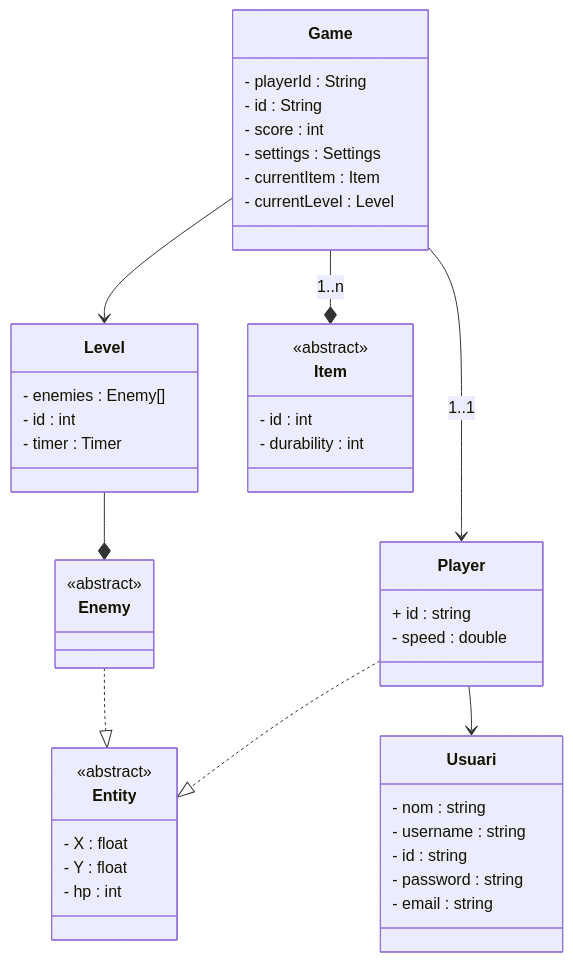
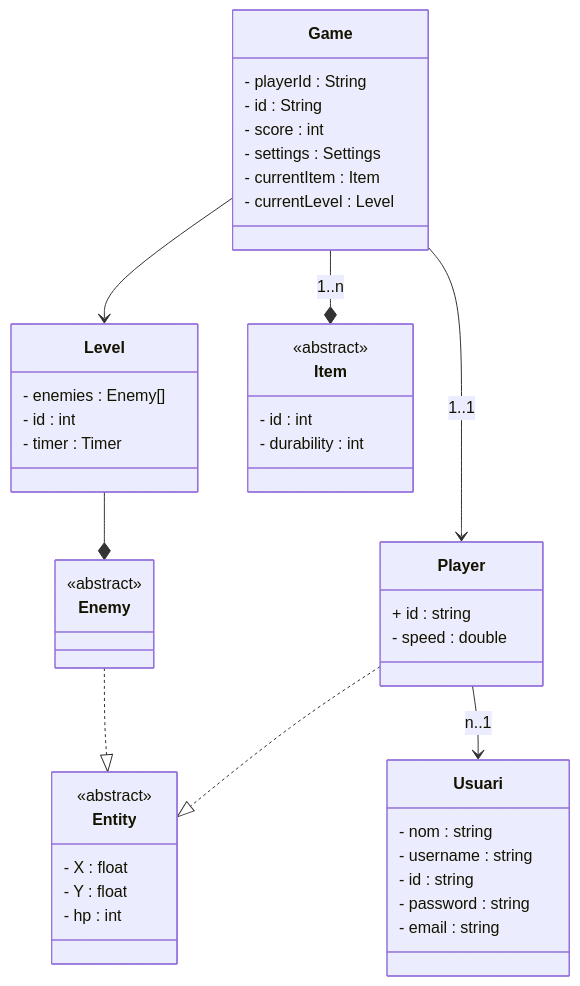
Before and after one commit to RogerMacia/Projecte-DSA-Backend: the diagram in README.md, drawn with Mermaid.

````diff
--- a/README.md
+++ b/README.md
@@ -15,61 +15,61 @@
 ```mermaid
 classDiagram
 
 
 class Entity{
 <<abstract>>
 - X : float
 - Y : float
 - hp : int
 }
 
 class Player{
 + id : string
 - speed : double
 }
 
 class Enemy{
 <<abstract>>
 }
 
 Player ..|> Entity
 Enemy ..|> Entity
 
 
 class Game{
 - playerId : String
 - id : String
 - score : int
 - settings : Settings
 - currentItem : Item
 - currentLevel : Level
 }
 
 class Level{
 - enemies : Enemy[]
 - id : int
 - timer : Timer
 
 }
 
 class Item{
 <<abstract>>
 - id : int
 - durability : int
 }
 
 class Usuari{
 - nom : string
 - username : string
 - id : string
 - password : string
 - email : string
 }
 
 
-Player --> Usuari
+Player --> Usuari : n..1
 Game --> Player : 1..1
 Level --* Enemy
 Game --* Item : 1..n
 Game --> Level
 ```
````
